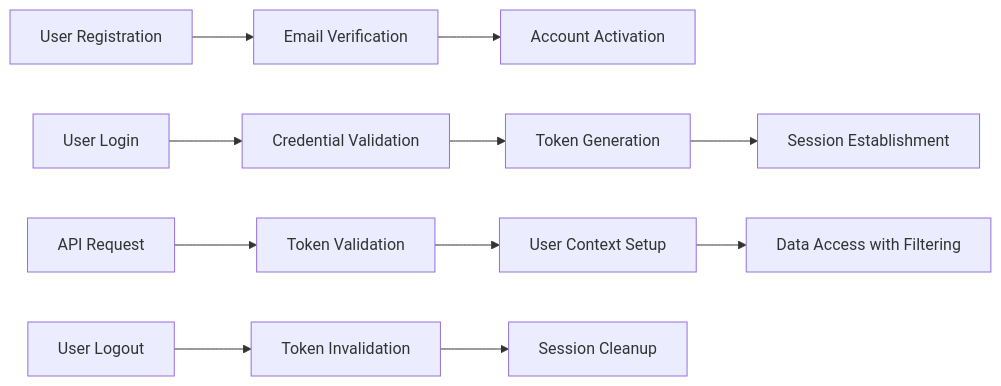
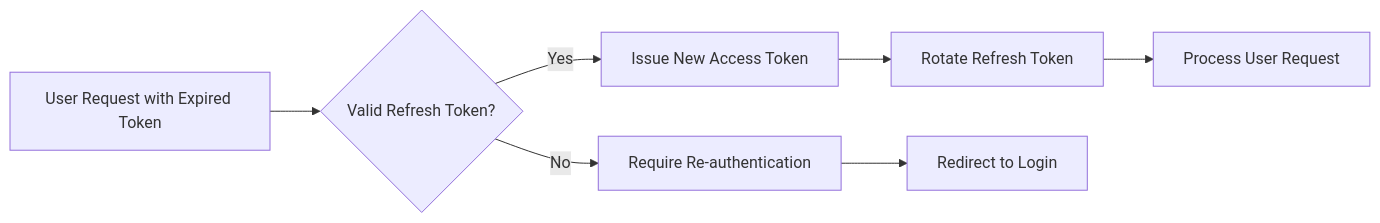
The diagram in deepseek/deepseek-v3.1-terminus-exacto/todo/docs/analysis/02-user-actors-authentication.md (wrtnlabs/autobe-examples), drawn with Mermaid before and after one commit. The commit also changed other lines of this file and 11104 other files, not shown here.

````diff
--- a/deepseek/deepseek-v3.1-terminus-exacto/todo/docs/analysis/02-user-actors-authentication.md
+++ b/deepseek/deepseek-v3.1-terminus-exacto/todo/docs/analysis/02-user-actors-authentication.md
@@ -244,13 +233,9 @@
 ```mermaid
 graph LR
-  A["User Registration"] --> B["Email Verification"]
-  B --> C["Account Activation"]
-  D["User Login"] --> E["Credential Validation"]
-  E --> F["Token Generation"]
-  F --> G["Session Establishment"]
-  H["API Request"] --> I["Token Validation"]
-  I --> J["User Context Setup"]
-  J --> K["Data Access with Filtering"]
-  L["User Logout"] --> M["Token Invalidation"]
-  M --> N["Session Cleanup"]
+  A["User Request with Expired Token"] --> B{"Valid Refresh Token?"}
+  B -->|"Yes"| C["Issue New Access Token"]
+  C --> D["Rotate Refresh Token"]
+  D --> E["Process User Request"]
+  B -->|"No"| F["Require Re-authentication"]
+  F --> G["Redirect to Login"]
 ```
````
